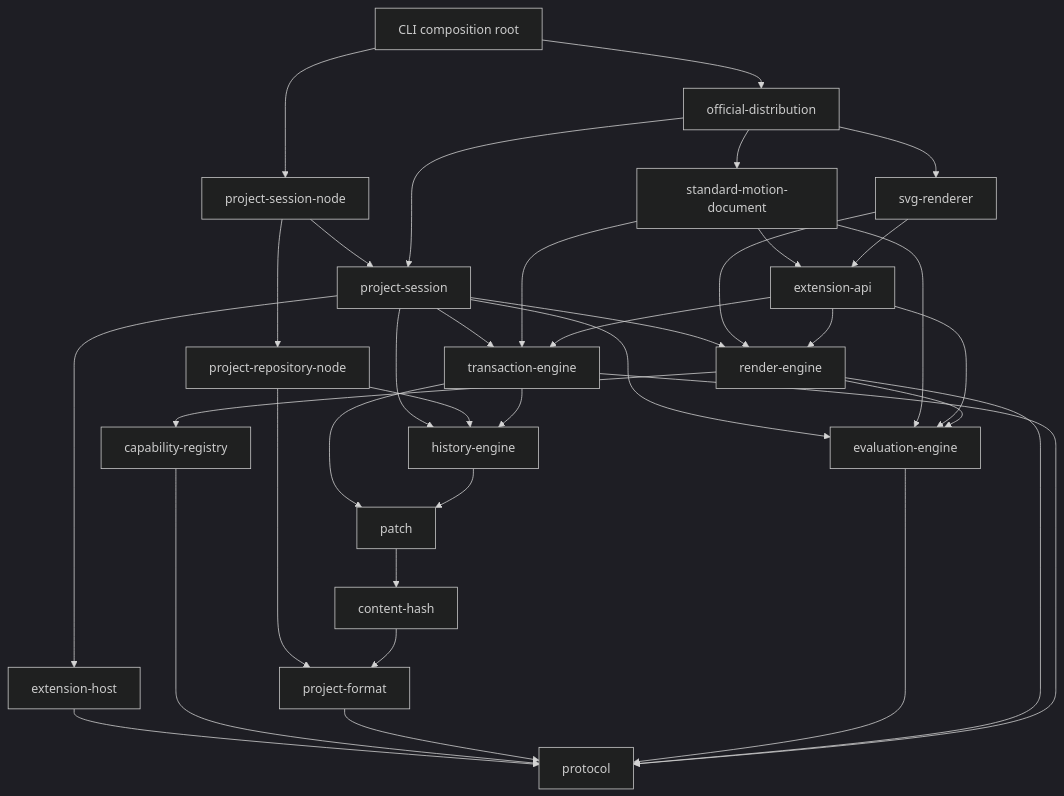
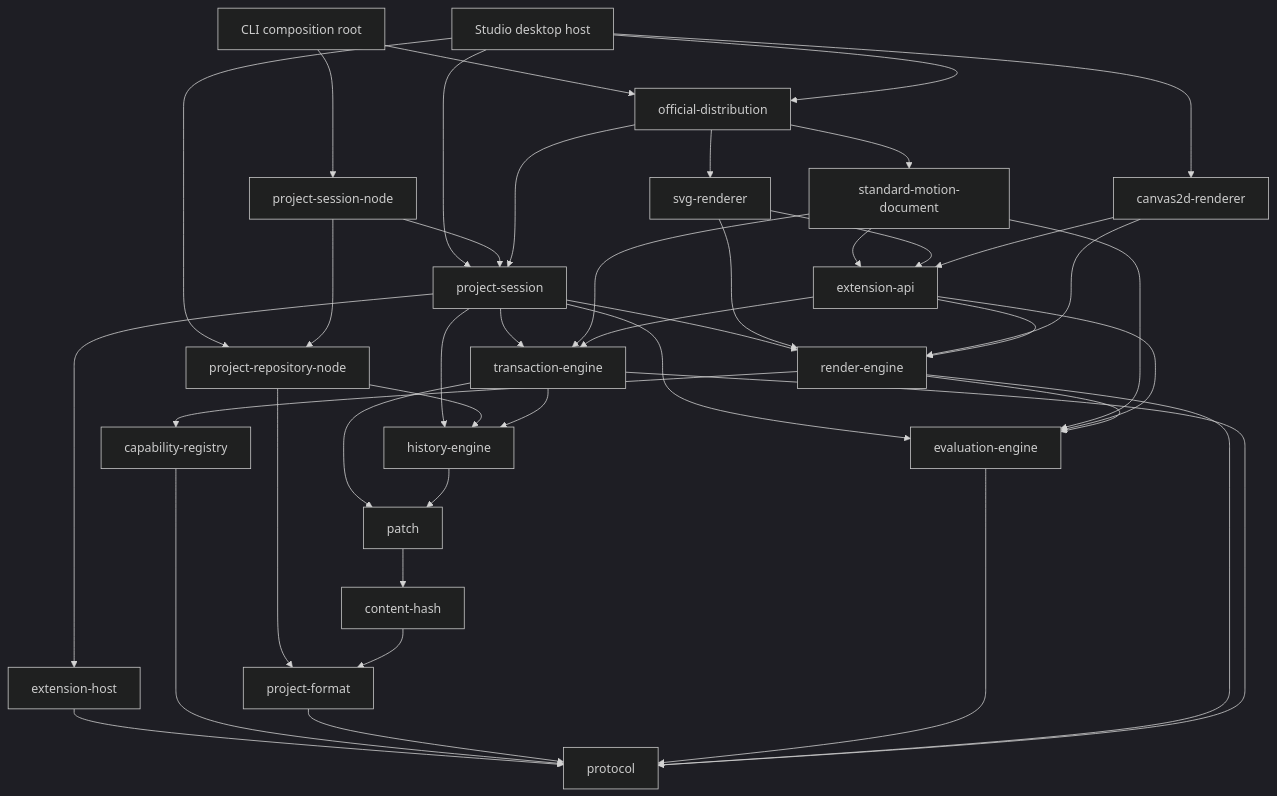
The second of 2 diagrams in docs/architecture/foundation-blueprint.md (Youzini-afk/KineWeave), drawn with Mermaid (dark theme) before and after one commit. The commit also changed other lines of this file and 31 other files, not shown here.

Commit message:
feat: deliver the Studio desktop workflow

````diff
--- a/docs/architecture/foundation-blueprint.md
+++ b/docs/architecture/foundation-blueprint.md
@@ -118,59 +118,67 @@
 ```mermaid
 flowchart TB
     CLI["CLI composition root"]
+    STUDIO["Studio desktop host"]
     SESSIONNODE["project-session-node"]
     SESSION["project-session"]
     DIST["official-distribution"]
     STDM["standard-motion-document"]
     SVG["svg-renderer"]
+    CANVAS["canvas2d-renderer"]
     EXTAPI["extension-api"]
     EXTHOST["extension-host"]
     REPO["project-repository-node"]
     TX["transaction-engine"]
     HIST["history-engine"]
     PATCH["patch"]
     EVAL["evaluation-engine"]
     RENDER["render-engine"]
     CAP["capability-registry"]
     FORMAT["project-format"]
     HASH["content-hash"]
     PROTOCOL["protocol"]
 
     CLI --> SESSIONNODE
     CLI --> DIST
+    STUDIO --> SESSION
+    STUDIO --> REPO
+    STUDIO --> DIST
+    STUDIO --> CANVAS
     SESSIONNODE --> SESSION
     SESSIONNODE --> REPO
     SESSION --> EXTHOST
     SESSION --> TX
     SESSION --> EVAL
     SESSION --> RENDER
     SESSION --> HIST
     DIST --> STDM
     DIST --> SVG
     DIST --> SESSION
 
     STDM --> EXTAPI
     STDM --> EVAL
     STDM --> TX
     SVG --> EXTAPI
     SVG --> RENDER
+    CANVAS --> EXTAPI
+    CANVAS --> RENDER
     EXTAPI --> TX
     EXTAPI --> EVAL
     EXTAPI --> RENDER
     RENDER --> CAP
     RENDER --> EVAL
     REPO --> HIST
     REPO --> FORMAT
     TX --> HIST
     TX --> PATCH
     HIST --> PATCH
     PATCH --> HASH
     HASH --> FORMAT
 
     EXTHOST --> PROTOCOL
     CAP --> PROTOCOL
     FORMAT --> PROTOCOL
     EVAL --> PROTOCOL
     RENDER --> PROTOCOL
     TX --> PROTOCOL
 ```
````
